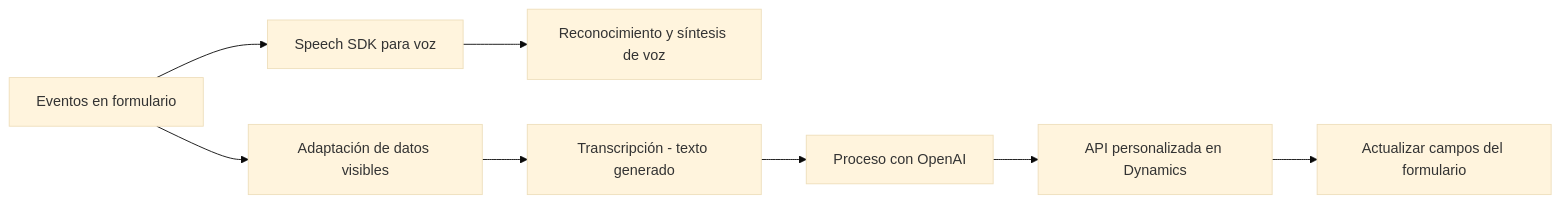
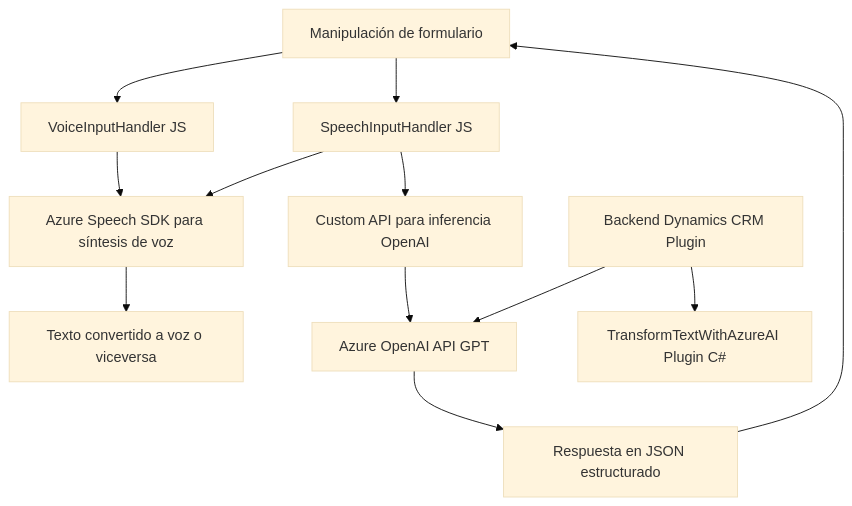
Before and after one commit to blopezdm/NETCORE_BILBAO2025: the diagram in README.md, drawn with Mermaid (base theme). The commit also changed other lines of this file, not shown here.

Commit message:
Actualizar análisis global de la solución con IA

````diff
--- a/README.md
+++ b/README.md
@@ -56,10 +39,14 @@
 ```mermaid
-graph LR
-    A["Eventos en formulario"] --> B["Speech SDK para voz"]
-    A --> C["Adaptación de datos visibles"]
-    B --> D["Reconocimiento y síntesis de voz"]
-    C --> E["Transcripción - texto generado"]
-    E --> F["Proceso con OpenAI"]
-    F --> G["API personalizada en Dynamics"]
-    G --> H["Actualizar campos del formulario"]
+graph TD
+    A[Frontend Dynamics CRM] --> B[VoiceInputHandler JS]
+    A --> C[SpeechInputHandler JS]
+    B --> D["Azure Speech SDK para síntesis de voz"]
+    C --> D
+    C --> E["Custom API para inferencia OpenAI"]
+    E --> F["Azure OpenAI API GPT"]
+    G[Backend Dynamics CRM Plugin] --> F
+    G --> H["TransformTextWithAzureAI Plugin C#"]
+    F --> I["Respuesta en JSON estructurado"]
+    D --> J["Texto convertido a voz o viceversa"]
+    I --> A["Manipulación de formulario"]
 ```
````
